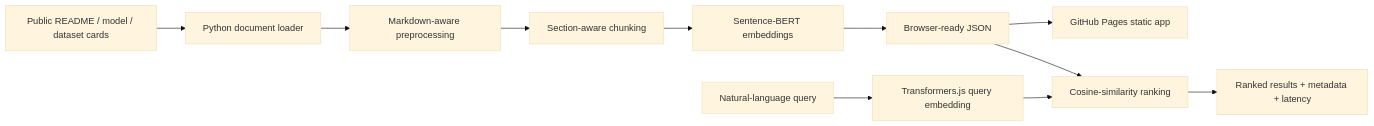
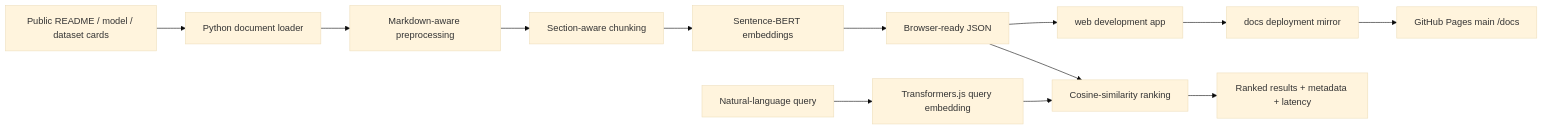
One commit to unit-mole/transformer-projects changed the diagram in 07-document-semantic-search-sentence-bert/README.md. Above: the diagram before and after it, drawn with Mermaid (base theme). The commit also changed other lines of this file and 17 other files, not shown here.

Commit message:
Migrate Project 07 to main docs GitHub Pages structure

````diff
--- a/07-document-semantic-search-sentence-bert/README.md
+++ b/07-document-semantic-search-sentence-bert/README.md
@@ -39,13 +38,15 @@
 ```mermaid
 flowchart LR
     A[Public README / model / dataset cards] --> B[Python document loader]
     B --> C[Markdown-aware preprocessing]
     C --> D[Section-aware chunking]
     D --> E[Sentence-BERT embeddings]
     E --> F[Browser-ready JSON]
-    F --> G[GitHub Pages static app]
-    H[Natural-language query] --> I[Transformers.js query embedding]
-    I --> J[Cosine-similarity ranking]
-    F --> J
-    J --> K[Ranked results + metadata + latency]
+    F --> G[web development app]
+    G --> H[docs deployment mirror]
+    H --> I[GitHub Pages main /docs]
+    J[Natural-language query] --> K[Transformers.js query embedding]
+    K --> L[Cosine-similarity ranking]
+    F --> L
+    L --> M[Ranked results + metadata + latency]
 ```
````
